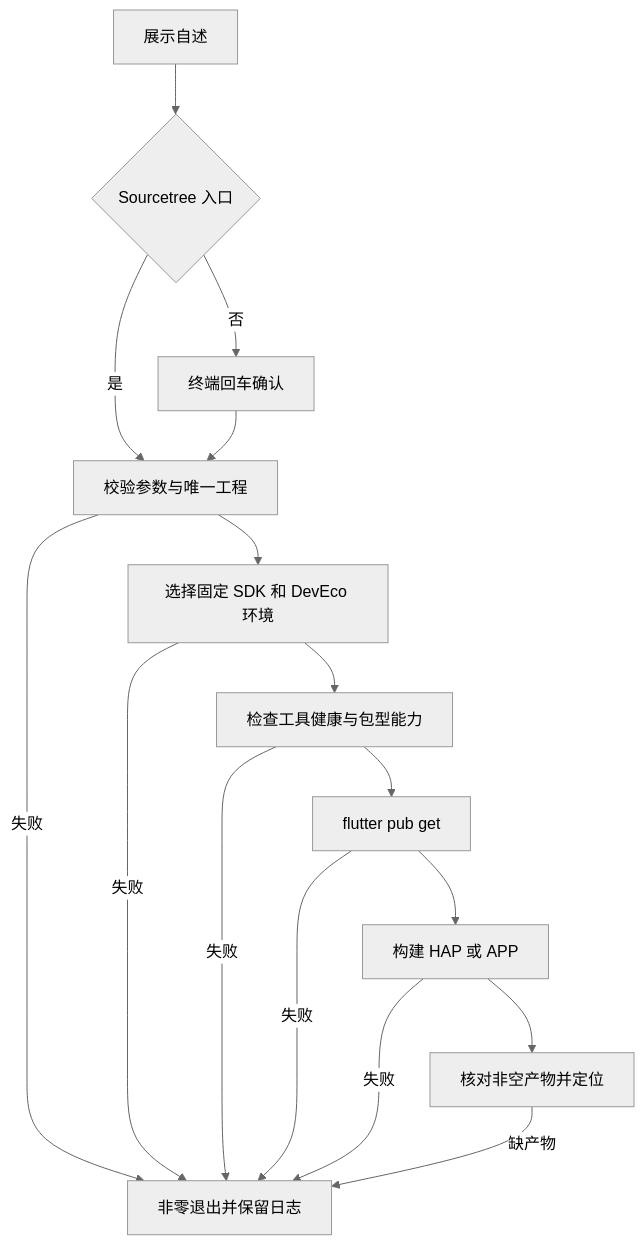
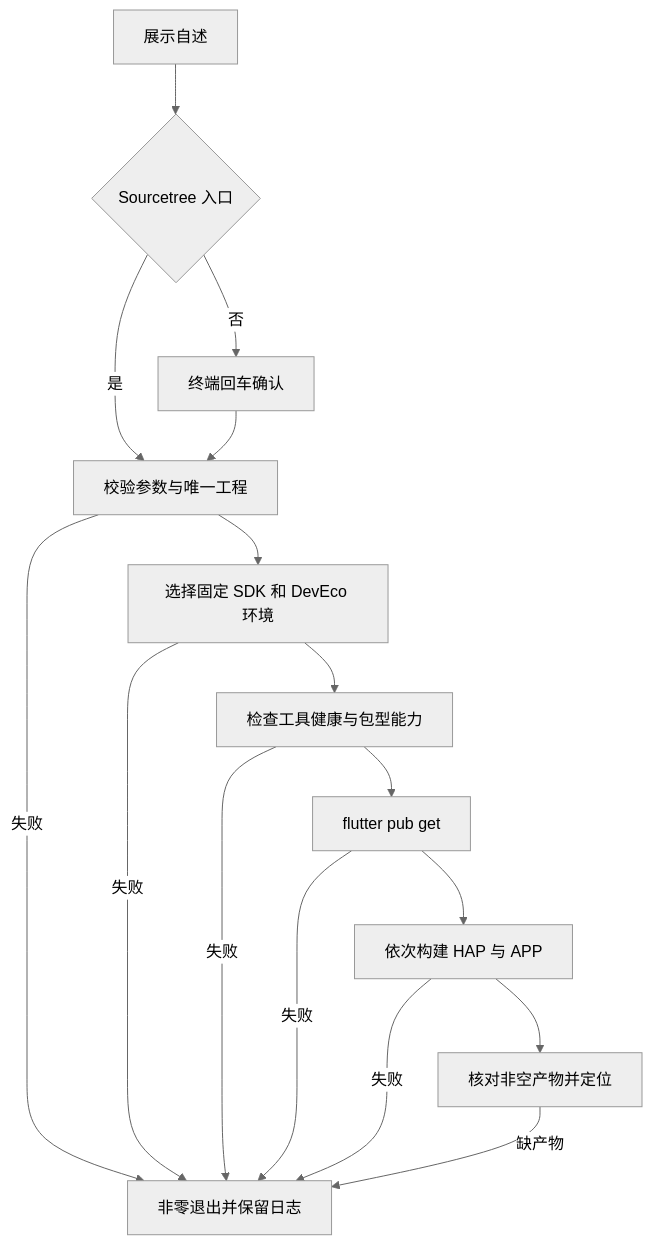
Before and after one commit to JobsKits/SourceTree.sh: the diagram in MacOS/【MacOS@SourceTree】📦双击打包Flutter.ohos.command/README.md, drawn with Mermaid (neutral theme). The commit also changed other lines of this file and 57 other files, not shown here.

````diff
--- a/MacOS/【MacOS@SourceTree】📦双击打包Flutter.ohos.command/README.md
+++ b/MacOS/【MacOS@SourceTree】📦双击打包Flutter.ohos.command/README.md
@@ -94,18 +97,18 @@
 ```mermaid
 flowchart TD
     A[展示自述] --> B{Sourcetree 入口}
     B -->|是| C[校验参数与唯一工程]
     B -->|否| D[终端回车确认]
     D --> C
     C --> E[选择固定 SDK 和 DevEco 环境]
     E --> F[检查工具健康与包型能力]
     F --> G[flutter pub get]
-    G --> H[构建 HAP 或 APP]
+    G --> H[依次构建 HAP 与 APP]
     H --> I[核对非空产物并定位]
     C -->|失败| J[非零退出并保留日志]
     E -->|失败| J
     F -->|失败| J
     G -->|失败| J
     H -->|失败| J
     I -->|缺产物| J
 ```
````
